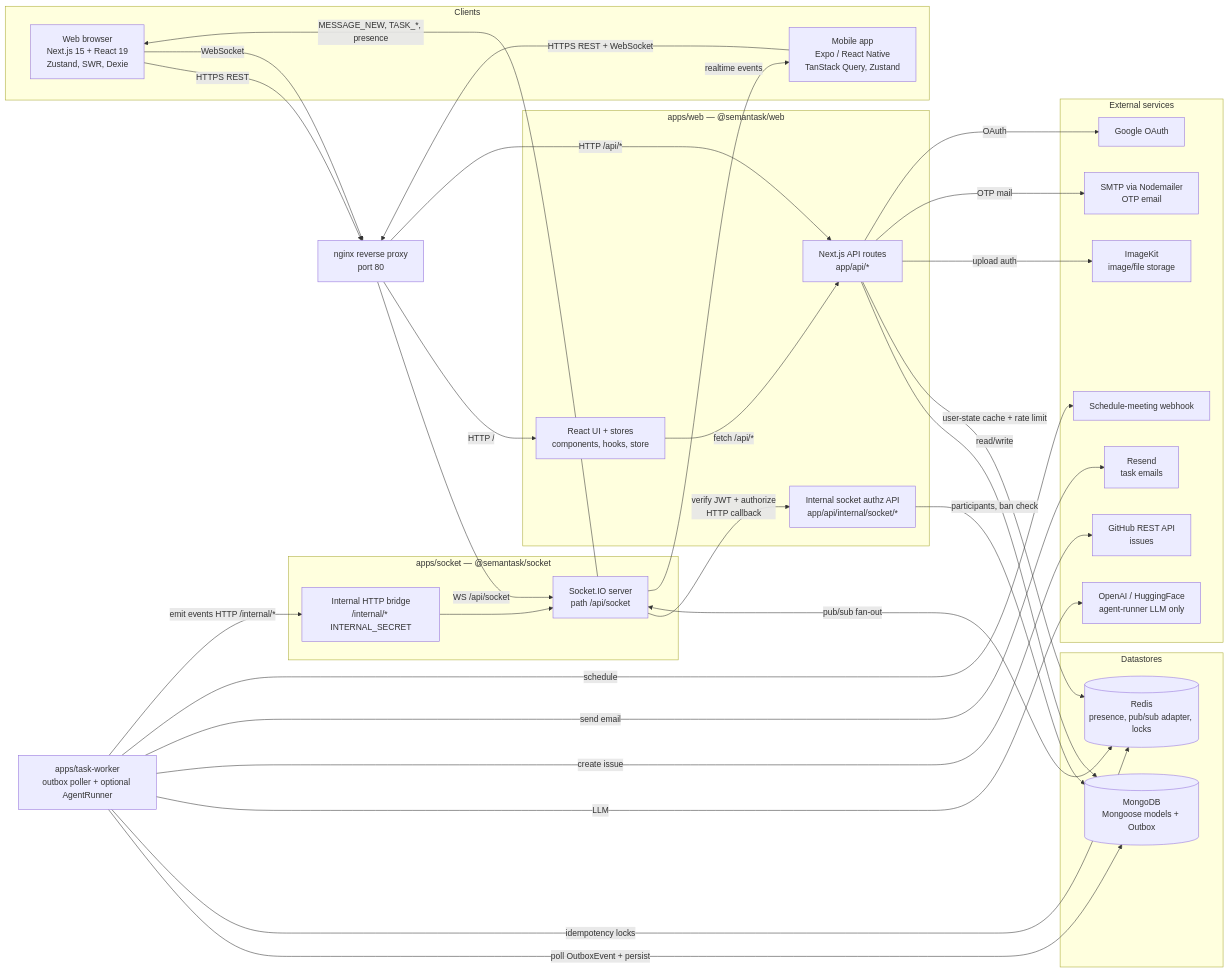
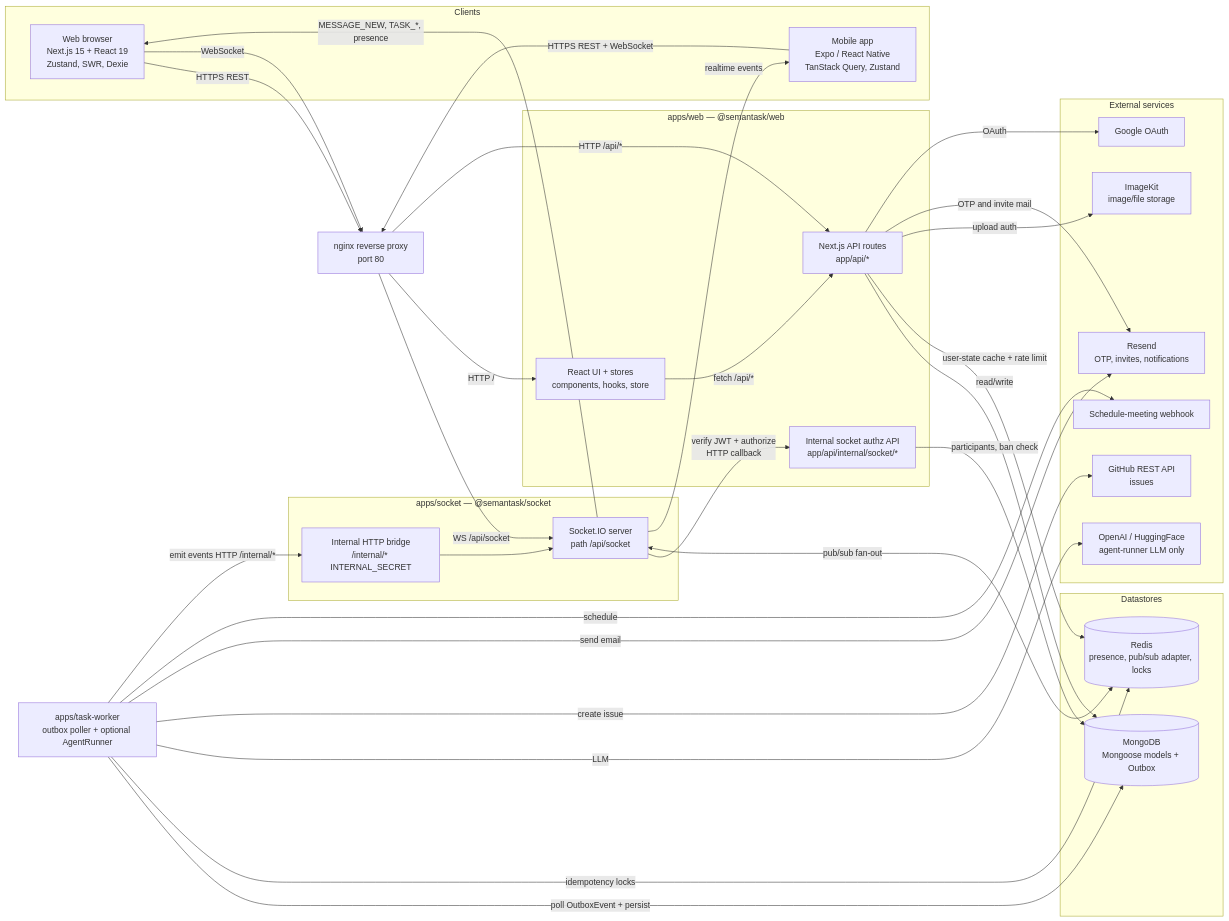
Before and after one commit to HarshdeepsinghLocham/chat-app: the first of 3 diagrams in docs/ARCHITECTURE.md, drawn with Mermaid. The commit also changed other lines of this file and 17 other files, not shown here.

Commit message:
Fix register session load after OTP and send auth email through Resend.

````diff
--- a/docs/ARCHITECTURE.md
+++ b/docs/ARCHITECTURE.md
@@ -65,68 +65,67 @@
 ```mermaid
 flowchart LR
     subgraph Clients
         WEB["Web browser<br/>Next.js 15 + React 19<br/>Zustand, SWR, Dexie"]
         MOB["Mobile app<br/>Expo / React Native<br/>TanStack Query, Zustand"]
     end
 
     NGINX["nginx reverse proxy<br/>port 80"]
 
     subgraph WebTier["apps/web — @semantask/web"]
         NEXTUI["React UI + stores<br/>components, hooks, store"]
         NEXTAPI["Next.js API routes<br/>app/api/*"]
         INTAUTH["Internal socket authz API<br/>app/api/internal/socket/*"]
     end
 
     subgraph RealtimeTier["apps/socket — @semantask/socket"]
         IO["Socket.IO server<br/>path /api/socket"]
         INTHTTP["Internal HTTP bridge<br/>/internal/* INTERNAL_SECRET"]
     end
 
     WORKER["apps/task-worker<br/>outbox poller + optional AgentRunner"]
 
     subgraph Data["Datastores"]
         MONGO[("MongoDB<br/>Mongoose models + Outbox")]
         REDIS[("Redis<br/>presence, pub/sub adapter, locks")]
     end
 
     subgraph External["External services"]
         IMAGEKIT["ImageKit<br/>image/file storage"]
         OPENAI["OpenAI / HuggingFace<br/>agent-runner LLM only"]
         GH["GitHub REST API<br/>issues"]
-        RESEND["Resend<br/>task emails"]
-        SMTP["SMTP via Nodemailer<br/>OTP email"]
+        RESEND["Resend<br/>OTP, invites, notifications"]
         GOOGLE["Google OAuth"]
         MEET["Schedule-meeting webhook"]
     end
 
     WEB -->|"HTTPS REST"| NGINX
     WEB -->|"WebSocket"| NGINX
     MOB -->|"HTTPS REST + WebSocket"| NGINX
 
     NGINX -->|"HTTP /"| NEXTUI
     NGINX -->|"HTTP /api/*"| NEXTAPI
     NGINX -->|"WS /api/socket"| IO
 
     NEXTUI -->|"fetch /api/*"| NEXTAPI
     NEXTAPI -->|"read/write"| MONGO
     NEXTAPI -->|"user-state cache + rate limit"| REDIS
     NEXTAPI -->|"upload auth"| IMAGEKIT
-    NEXTAPI -->|"OTP mail"| SMTP
+    NEXTAPI -->|"OTP and invite mail"| RESEND
     NEXTAPI -->|"OAuth"| GOOGLE
 
     IO -->|"verify JWT + authorize<br/>HTTP callback"| INTAUTH
     IO <-->|"pub/sub fan-out"| REDIS
     INTAUTH -->|"participants, ban check"| MONGO
 
     WORKER -->|"poll OutboxEvent + persist"| MONGO
     WORKER -->|"idempotency locks"| REDIS
     WORKER -->|"LLM"| OPENAI
     WORKER -->|"create issue"| GH
     WORKER -->|"send email"| RESEND
     WORKER -->|"schedule"| MEET
     WORKER -->|"emit events HTTP /internal/*"| INTHTTP
 
     INTHTTP --> IO
     IO -->|"MESSAGE_NEW, TASK_*, presence"| WEB
     IO -->|"realtime events"| MOB
 ```
````
